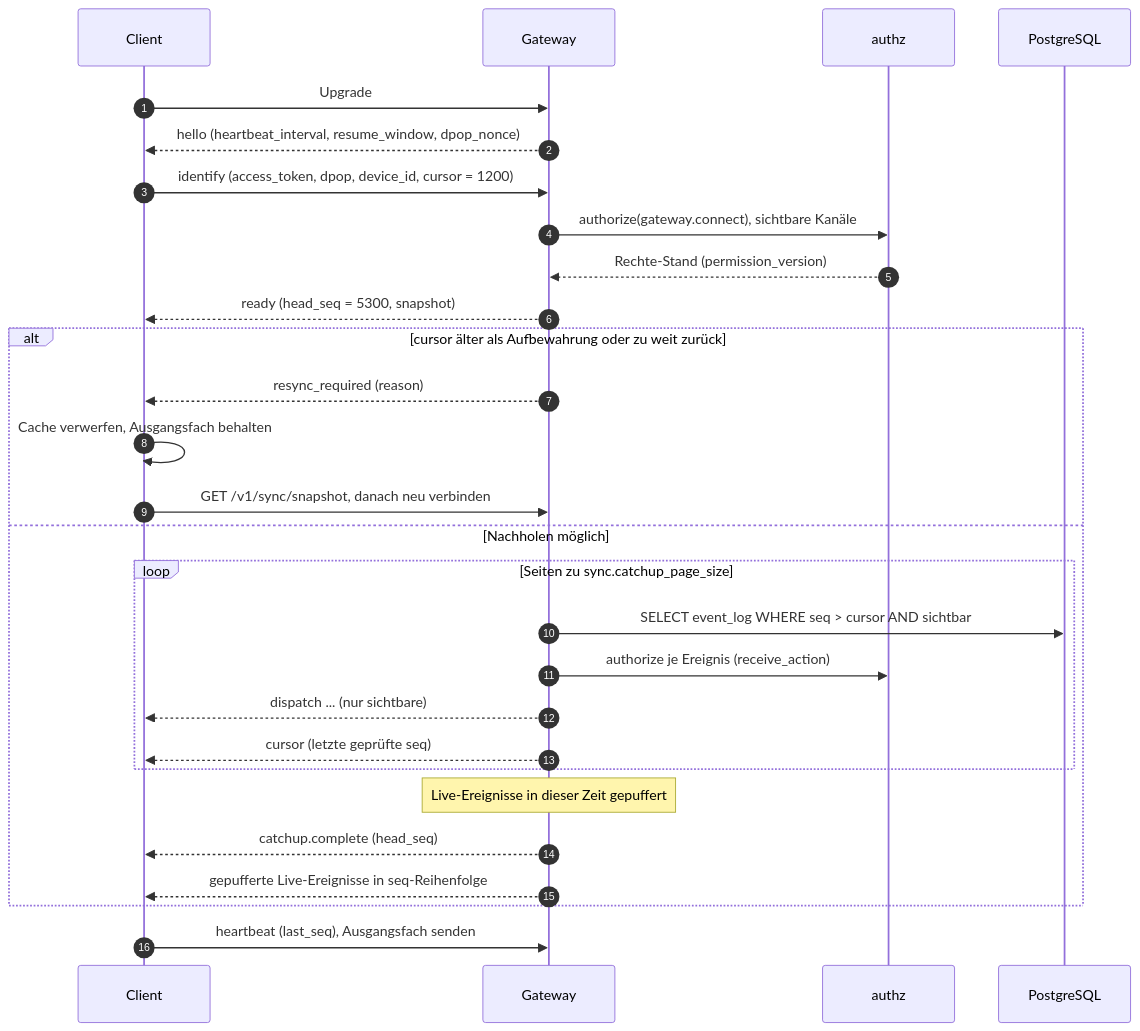
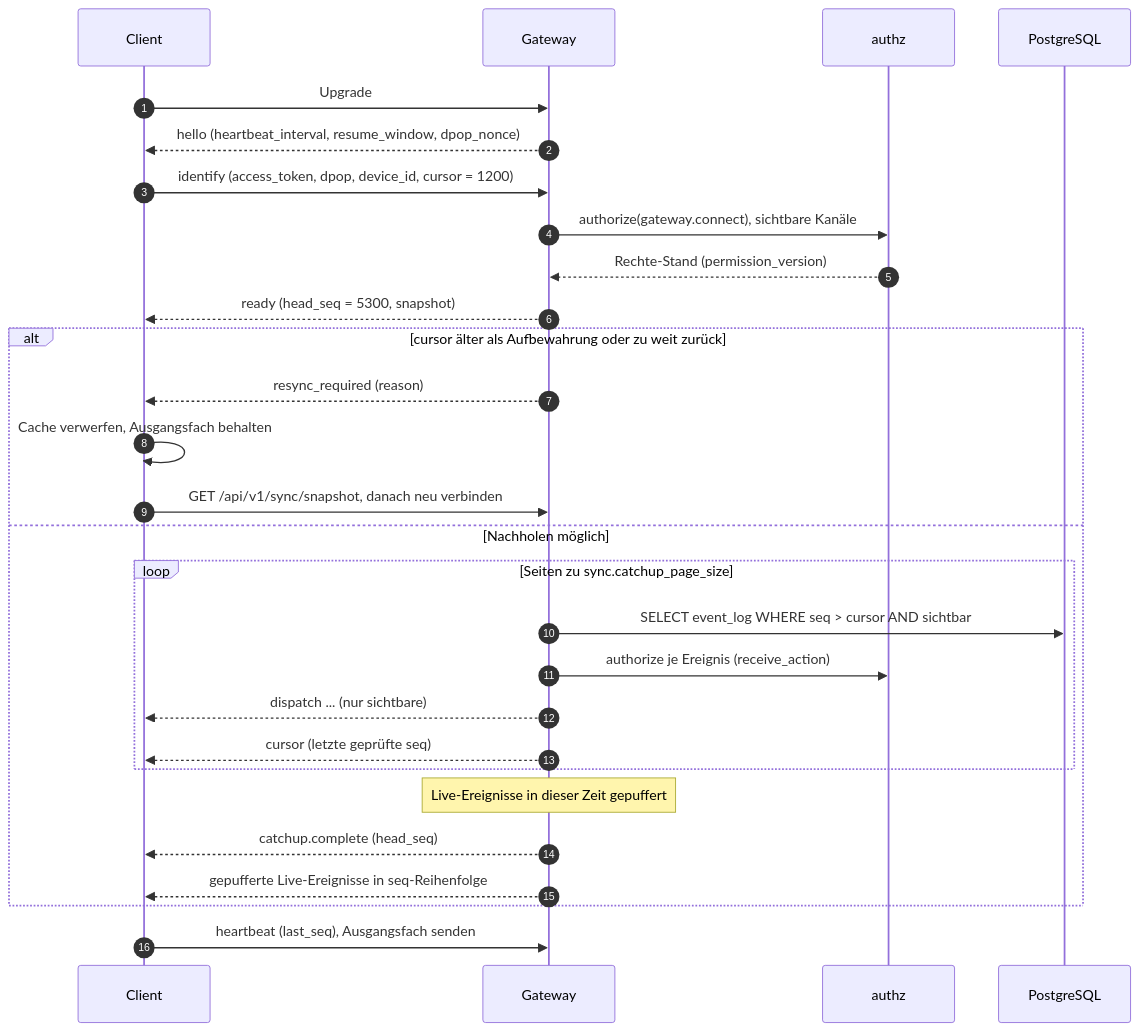
The third of 5 diagrams in docs/spec/04-sync-protokoll.md (mguttmann/bothy), drawn with Mermaid before and after one commit. The commit also changed other lines of this file and 91 other files, not shown here.

````diff
--- a/docs/spec/04-sync-protokoll.md
+++ b/docs/spec/04-sync-protokoll.md
@@ -662,30 +807,30 @@
 ```mermaid
 sequenceDiagram
     autonumber
     participant C as Client
     participant GW as Gateway
     participant AZ as authz
     participant DB as PostgreSQL
     C->>GW: Upgrade
     GW-->>C: hello (heartbeat_interval, resume_window, dpop_nonce)
     C->>GW: identify (access_token, dpop, device_id, cursor = 1200)
     GW->>AZ: authorize(gateway.connect), sichtbare Kanäle
     AZ-->>GW: Rechte-Stand (permission_version)
     GW-->>C: ready (head_seq = 5300, snapshot)
     alt cursor älter als Aufbewahrung oder zu weit zurück
         GW-->>C: resync_required (reason)
         C->>C: Cache verwerfen, Ausgangsfach behalten
-        C->>GW: GET /v1/sync/snapshot, danach neu verbinden
+        C->>GW: GET /api/v1/sync/snapshot, danach neu verbinden
     else Nachholen möglich
         loop Seiten zu sync.catchup_page_size
             GW->>DB: SELECT event_log WHERE seq > cursor AND sichtbar
             GW->>AZ: authorize je Ereignis (receive_action)
             GW-->>C: dispatch ... (nur sichtbare)
             GW-->>C: cursor (letzte geprüfte seq)
         end
         Note over GW: Live-Ereignisse in dieser Zeit gepuffert
         GW-->>C: catchup.complete (head_seq)
         GW-->>C: gepufferte Live-Ereignisse in seq-Reihenfolge
     end
     C->>GW: heartbeat (last_seq), Ausgangsfach senden
 ```
````
